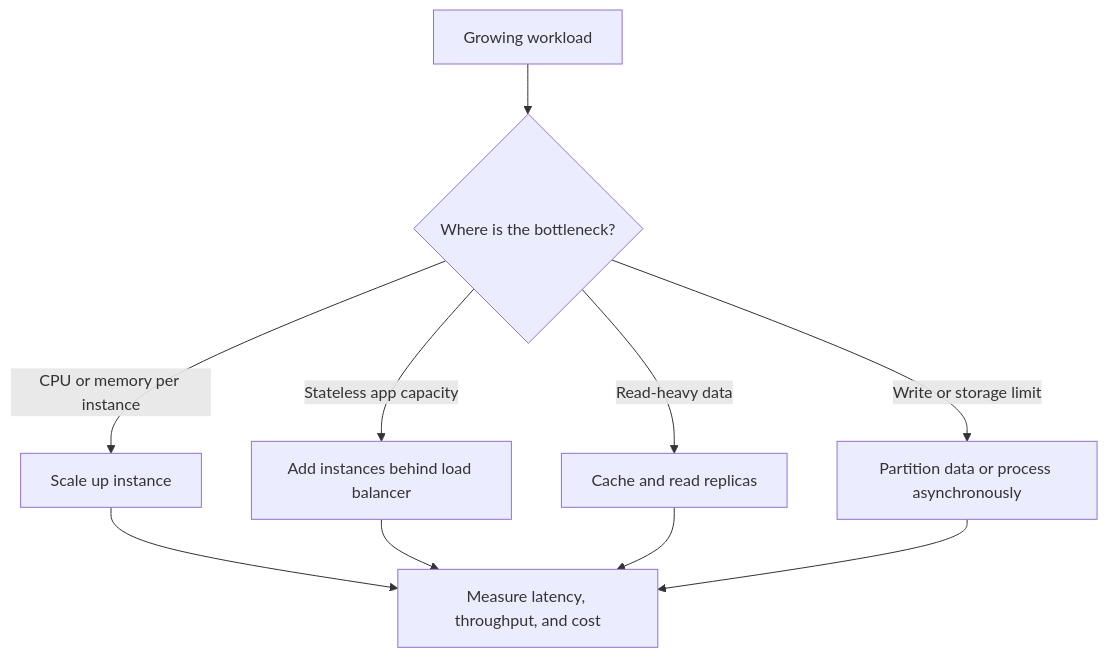
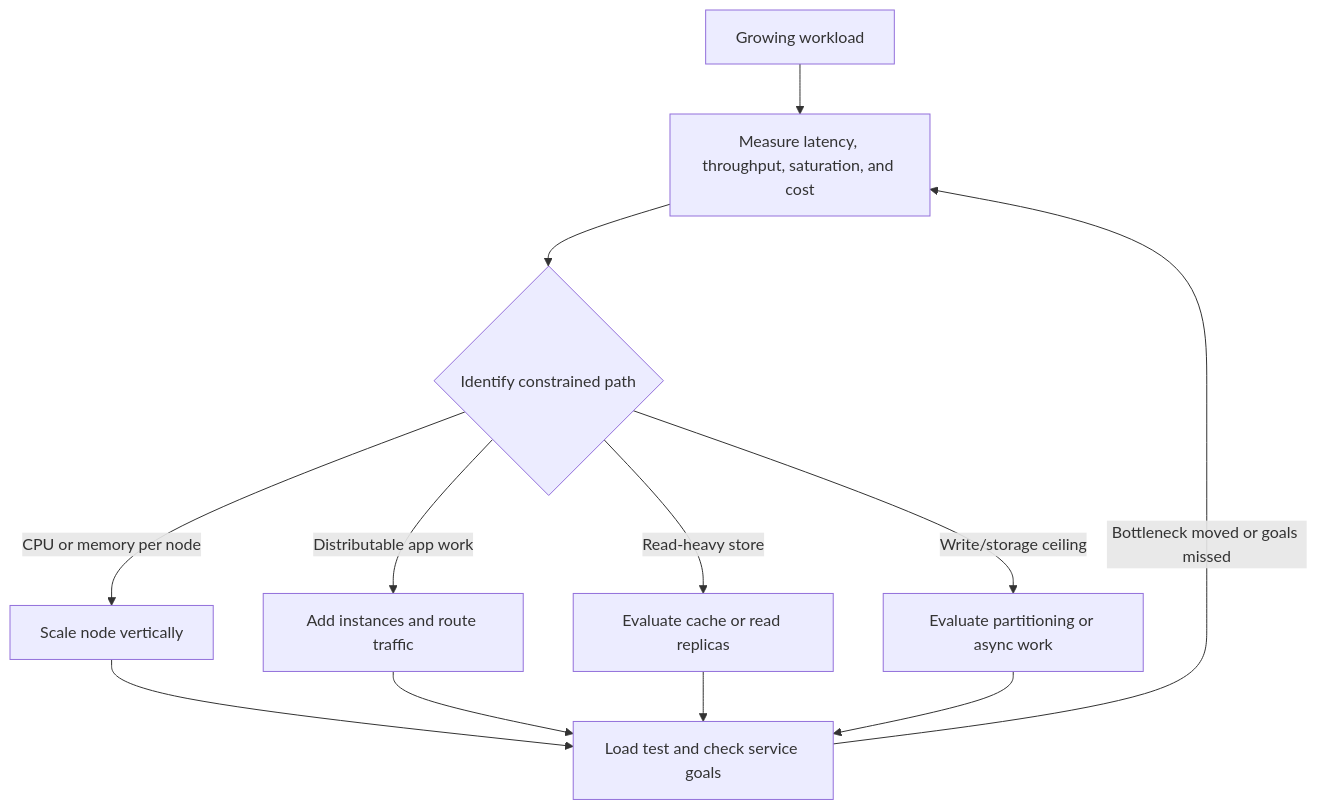
One commit to nahezsakharkar/interview-prep changed the diagram in 06-system-design/scalability-basics.md. Above: the diagram before and after it, drawn with Mermaid. The commit also changed other lines of this file and 27 other files, not shown here.

````diff
--- a/06-system-design/scalability-basics.md
+++ b/06-system-design/scalability-basics.md
@@ -29,12 +47,14 @@
 ```mermaid
 flowchart TD
-	load[Growing workload] --> bottleneck{Where is the bottleneck?}
-	bottleneck -->|CPU or memory per instance| vertical[Scale up instance]
-	bottleneck -->|Stateless app capacity| horizontal[Add instances behind load balancer]
-	bottleneck -->|Read-heavy data| reads[Cache and read replicas]
-	bottleneck -->|Write or storage limit| writes[Partition data or process asynchronously]
-	vertical --> measure[Measure latency, throughput, and cost]
-	horizontal --> measure
-	reads --> measure
-	writes --> measure
+		load[Growing workload] --> measure[Measure latency, throughput, saturation, and cost]
+		measure --> bottleneck{Identify constrained path}
+		bottleneck -->|CPU or memory per node| vertical[Scale node vertically]
+		bottleneck -->|Distributable app work| horizontal[Add instances and route traffic]
+		bottleneck -->|Read-heavy store| reads[Evaluate cache or read replicas]
+		bottleneck -->|Write/storage ceiling| writes[Evaluate partitioning or async work]
+		vertical --> test[Load test and check service goals]
+		horizontal --> test
+		reads --> test
+		writes --> test
+		test -->|Bottleneck moved or goals missed| measure
 ```
````
